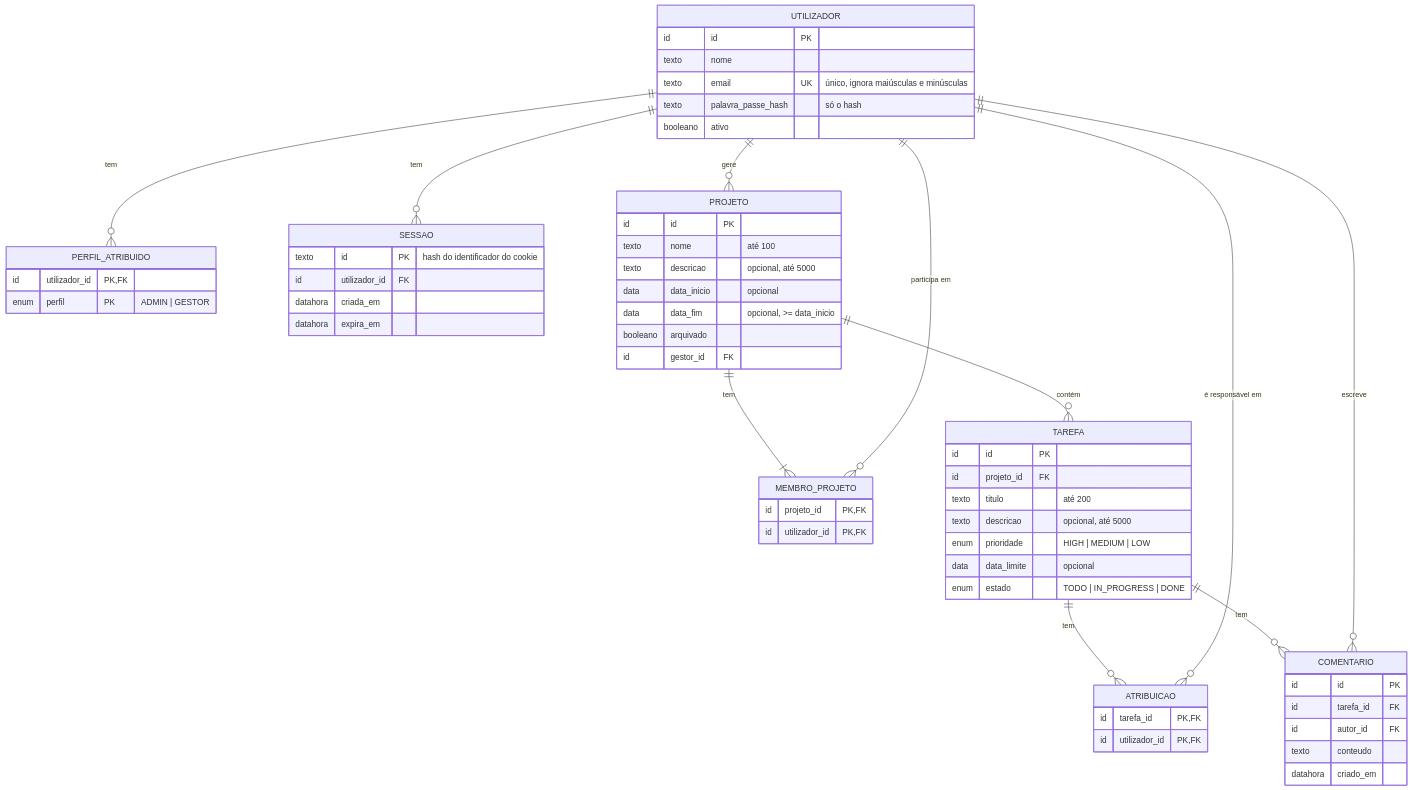
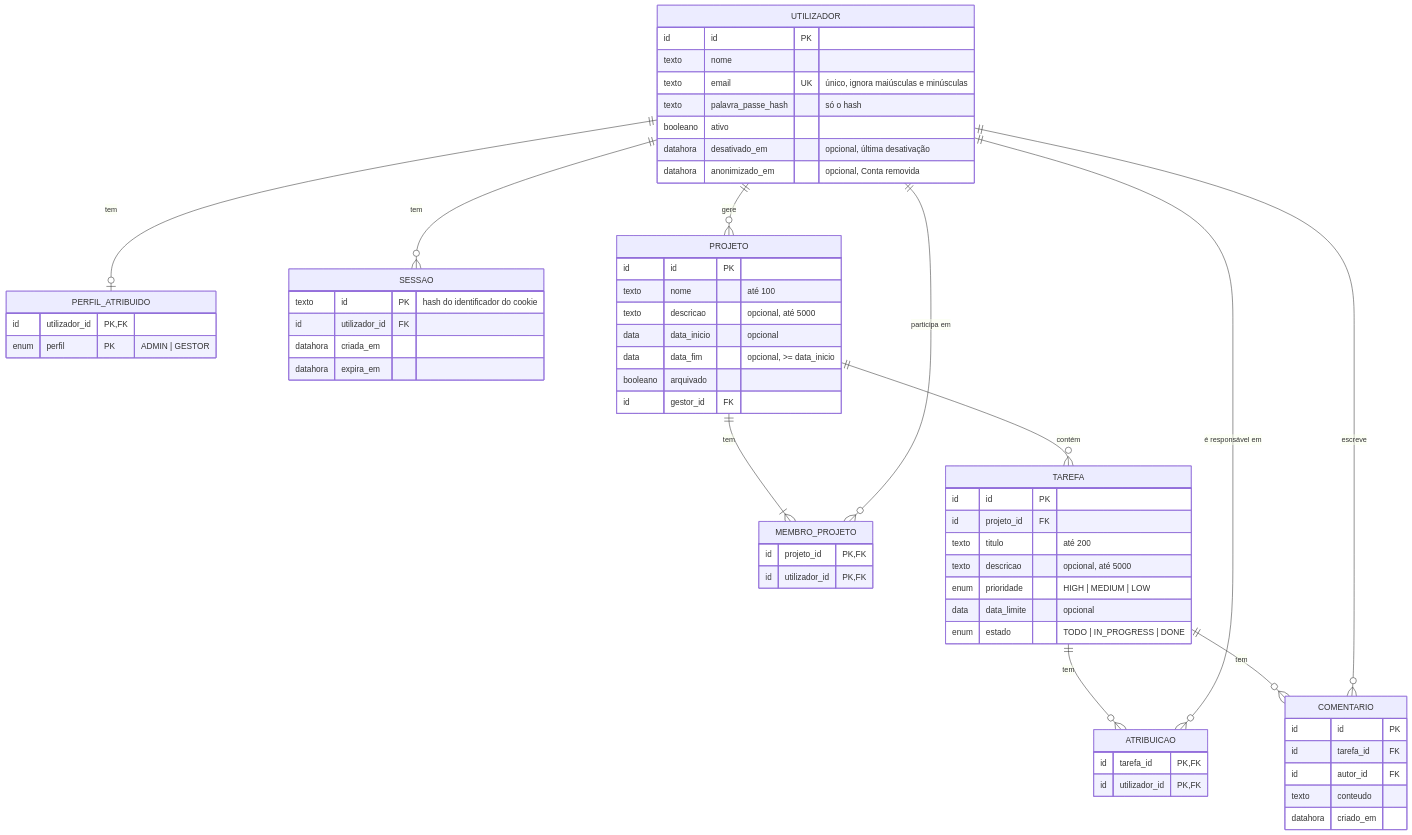
Before and after one commit to ines-giesteira/matriz: the diagram in docs/database.md, drawn with Mermaid. The commit also changed other lines of this file and 6 other files, not shown here.

````diff
--- a/docs/database.md
+++ b/docs/database.md
@@ -114,64 +114,66 @@
 ```mermaid
 erDiagram
-    UTILIZADOR ||--o{ PERFIL_ATRIBUIDO : "tem"
+    UTILIZADOR ||--o| PERFIL_ATRIBUIDO : "tem"
     UTILIZADOR ||--o{ SESSAO : "tem"
     UTILIZADOR ||--o{ PROJETO : "gere"
     PROJETO ||--|{ MEMBRO_PROJETO : "tem"
     UTILIZADOR ||--o{ MEMBRO_PROJETO : "participa em"
     PROJETO ||--o{ TAREFA : "contém"
     TAREFA ||--o{ ATRIBUICAO : "tem"
     UTILIZADOR ||--o{ ATRIBUICAO : "é responsável em"
     TAREFA ||--o{ COMENTARIO : "tem"
     UTILIZADOR ||--o{ COMENTARIO : "escreve"
 
     UTILIZADOR {
         id id PK
         texto nome
         texto email UK "único, ignora maiúsculas e minúsculas"
         texto palavra_passe_hash "só o hash"
         booleano ativo
+        datahora desativado_em "opcional, última desativação"
+        datahora anonimizado_em "opcional, Conta removida"
     }
     PERFIL_ATRIBUIDO {
         id utilizador_id PK, FK
         enum perfil PK "ADMIN | GESTOR"
     }
     SESSAO {
         texto id PK "hash do identificador do cookie"
         id utilizador_id FK
         datahora criada_em
         datahora expira_em
     }
     PROJETO {
         id id PK
         texto nome "até 100"
         texto descricao "opcional, até 5000"
         data data_inicio "opcional"
         data data_fim "opcional, >= data_inicio"
         booleano arquivado
         id gestor_id FK
     }
     MEMBRO_PROJETO {
         id projeto_id PK, FK
         id utilizador_id PK, FK
     }
     TAREFA {
         id id PK
         id projeto_id FK
         texto titulo "até 200"
         texto descricao "opcional, até 5000"
         enum prioridade "HIGH | MEDIUM | LOW"
         data data_limite "opcional"
         enum estado "TODO | IN_PROGRESS | DONE"
     }
     ATRIBUICAO {
         id tarefa_id PK, FK
         id utilizador_id PK, FK
     }
     COMENTARIO {
         id id PK
         id tarefa_id FK
         id autor_id FK
         texto conteudo
         datahora criado_em
     }
 ```
````
